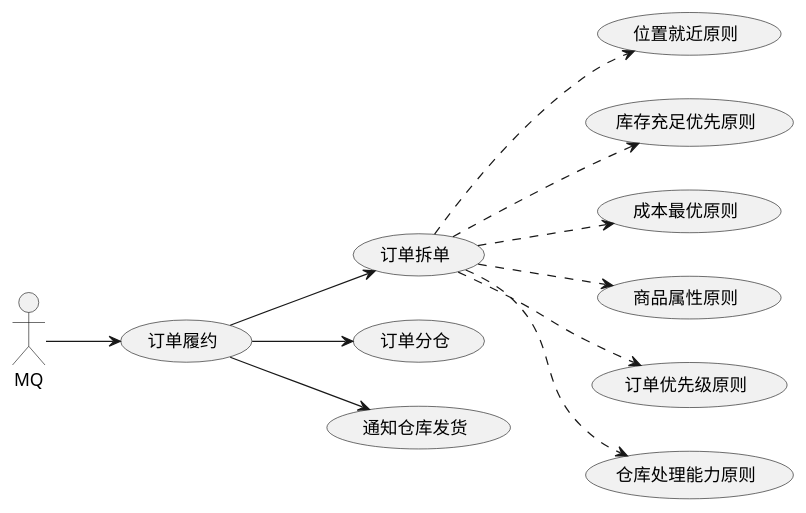
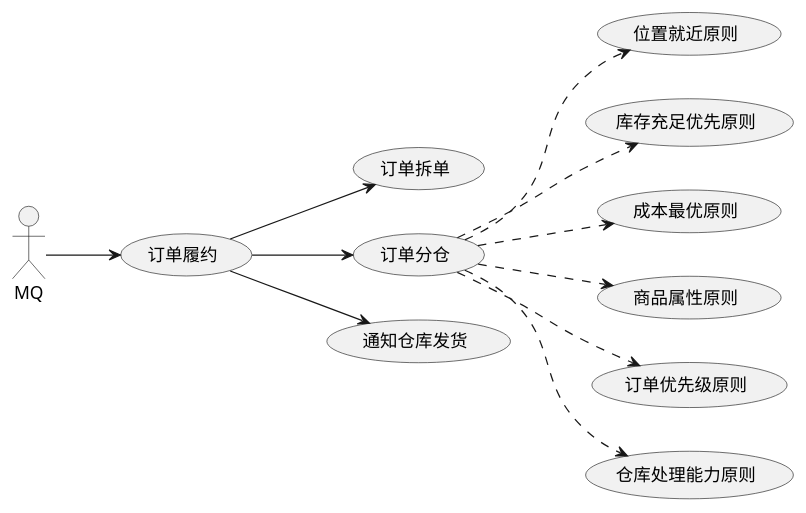
One commit to 3thinkthendoit/think-oms changed the diagram in doc/use-case/订单履约.puml. Above: the diagram before and after it, drawn with PlantUML. The commit also changed 1 other file, not shown here.

```diff
--- a/doc/use-case/订单履约.puml
+++ b/doc/use-case/订单履约.puml
@@ -1,19 +1,20 @@
 @startuml
 'https://plantuml.com/use-case-diagram
 left to right direction
 
 (订单履约) as (FulfillOrder)
 (订单拆单) as splitOrder
+(订单分仓) as dispatch
 MQ --> (FulfillOrder)
 
 FulfillOrder --> splitOrder
-FulfillOrder -->(订单分仓)
+FulfillOrder -->dispatch
 FulfillOrder -->(通知仓库发货)
 
-splitOrder ..> (位置就近原则)
-splitOrder ..> (库存充足优先原则)
-splitOrder ..> (成本最优原则)
-splitOrder ..> (商品属性原则)
-splitOrder ..> (订单优先级原则)
-splitOrder ..> (仓库处理能力原则)
+dispatch ..> (位置就近原则)
+dispatch ..> (库存充足优先原则)
+dispatch ..> (成本最优原则)
+dispatch ..> (商品属性原则)
+dispatch ..> (订单优先级原则)
+dispatch ..> (仓库处理能力原则)
 @enduml
```
